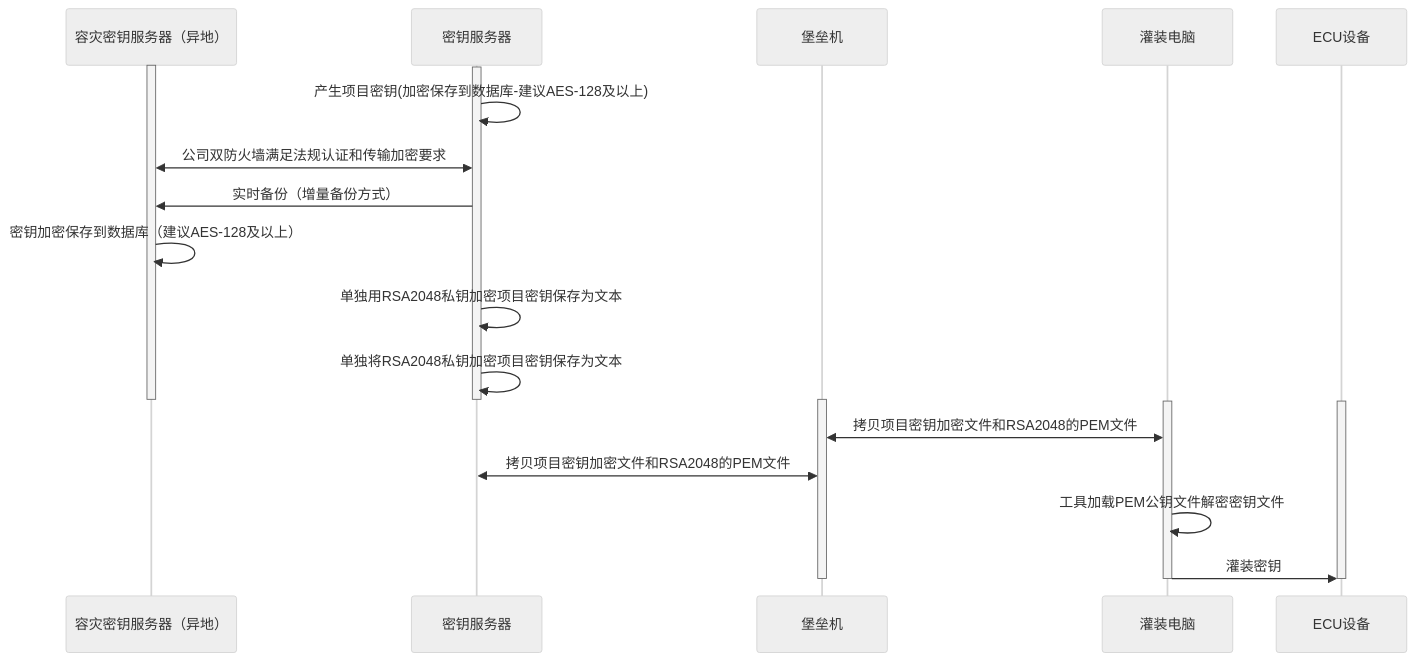
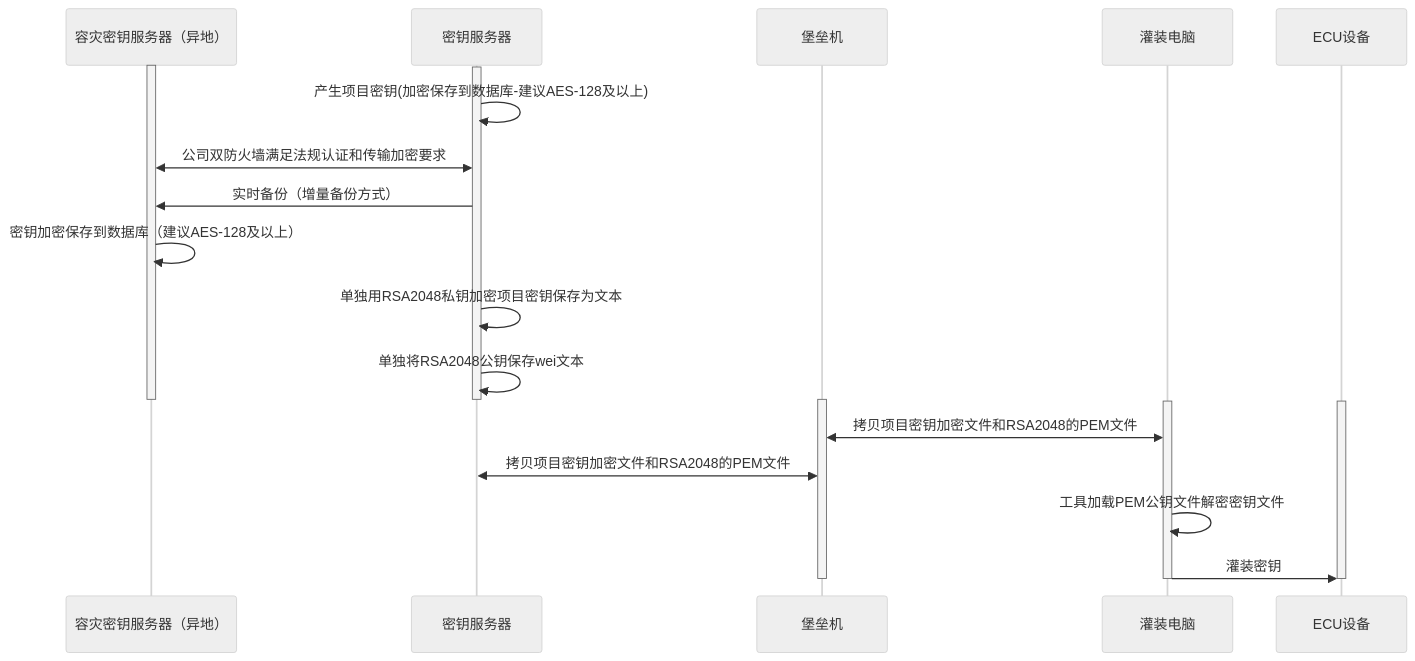
Before and after one commit to facebook-cloud/iodraw-files: the diagram in all/未命名-15.md, drawn with Mermaid (neutral theme).

Commit message:
2026-02-07 14:08:24 update

````diff
--- a/all/未命名-15.md
+++ b/all/未命名-15.md
@@ -1,32 +1,32 @@
 ```mermaid
 sequenceDiagram
     participant A as 容灾密钥服务器（异地）
     participant B as 密钥服务器
     participant C as 堡垒机
     participant D as 灌装电脑
     participant E as ECU设备
 
     activate A
     activate B
     B->>B: 产生项目密钥(加密保存到数据库-建议AES-128及以上)
     A<<->>B: 公司双防火墙满足法规认证和传输加密要求
     B->>A: 实时备份（增量备份方式）
     A->>A: 密钥加密保存到数据库（建议AES-128及以上）
     B->>B: 单独用RSA2048私钥加密项目密钥保存为文本
-    B->>B: 单独将RSA2048私钥加密项目密钥保存为文本
+    B->>B: 单独将RSA2048公钥保存wei文本
     deactivate B
     deactivate A
 
     activate C
     activate D
     activate E
 
     D<<->>C: 拷贝项目密钥加密文件和RSA2048的PEM文件
     C<<->>B: 拷贝项目密钥加密文件和RSA2048的PEM文件
     D->>D:工具加载PEM公钥文件解密密钥文件
     D->>E: 灌装密钥
     deactivate C
     deactivate D
     deactivate E
 
 ```
````
